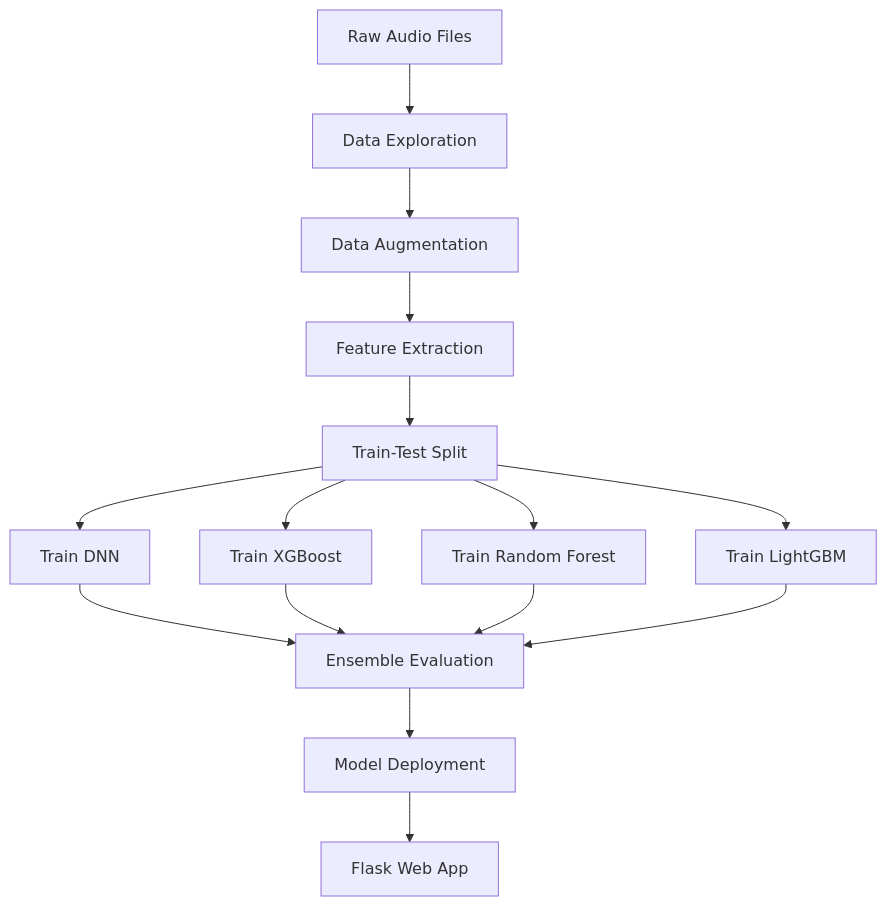
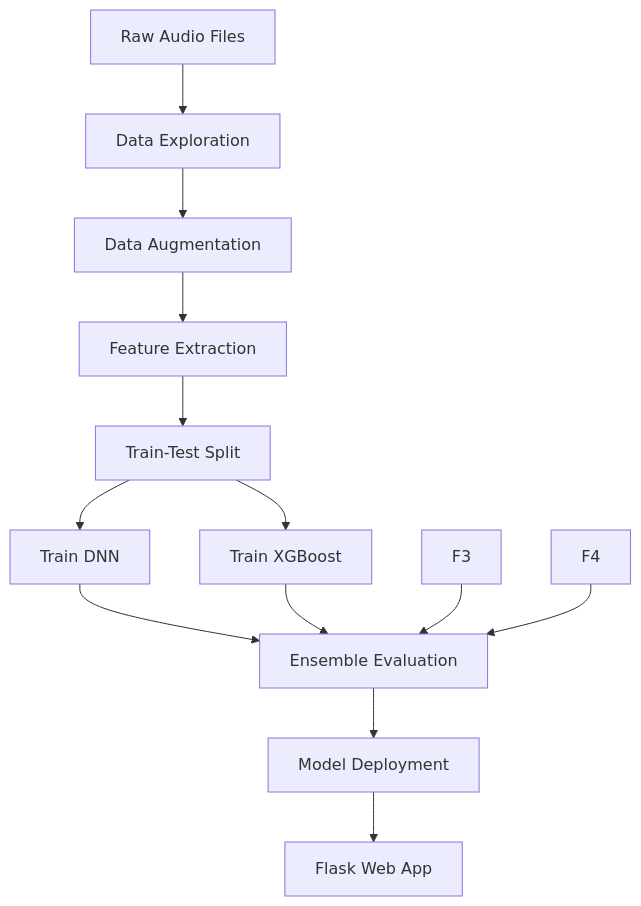
The diagram in readme.md (Suyash-1011/telecommunication_scam_detection), drawn with Mermaid before and after one commit. The commit also changed other lines of this file, not shown here.

````diff
--- a/readme.md
+++ b/readme.md
@@ -232,17 +232,15 @@
 ```mermaid
 graph TD
     A[Raw Audio Files] --> B[Data Exploration]
     B --> C[Data Augmentation]
     C --> D[Feature Extraction]
     D --> E[Train-Test Split]
     E --> F1[Train DNN]
     E --> F2[Train XGBoost]
-    E --> F3[Train Random Forest]
-    E --> F4[Train LightGBM]
     F1 --> G[Ensemble Evaluation]
     F2 --> G
     F3 --> G
     F4 --> G
     G --> H[Model Deployment]
     H --> I[Flask Web App]
 ```
````
